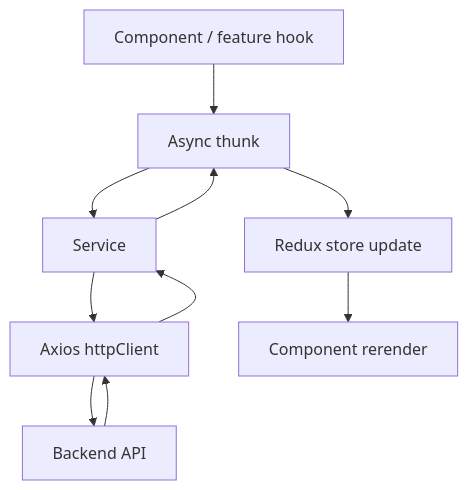
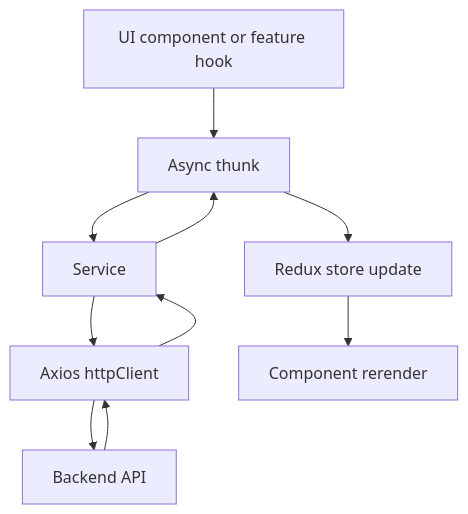
Before and after one commit to app-video-platform/video-platform-docs: the first of 2 diagrams in docs/developer/architecture/state-and-data-flow.md, drawn with Mermaid. The commit also changed other lines of this file and 19 other files, not shown here.

Commit message:
architecture v1 even more complete

````diff
--- a/docs/developer/architecture/state-and-data-flow.md
+++ b/docs/developer/architecture/state-and-data-flow.md
@@ -27,12 +27,12 @@
 ```mermaid
 flowchart TD
-  Component["Component / feature hook"] --> Thunk["Async thunk"]
+  Component["UI component or feature hook"] --> Thunk["Async thunk"]
   Thunk --> Service["Service"]
   Service --> Client["Axios httpClient"]
   Client --> Backend["Backend API"]
   Backend --> Client
   Client --> Service
   Service --> Thunk
   Thunk --> Store["Redux store update"]
   Store --> ComponentUpdate["Component rerender"]
 ```
````
